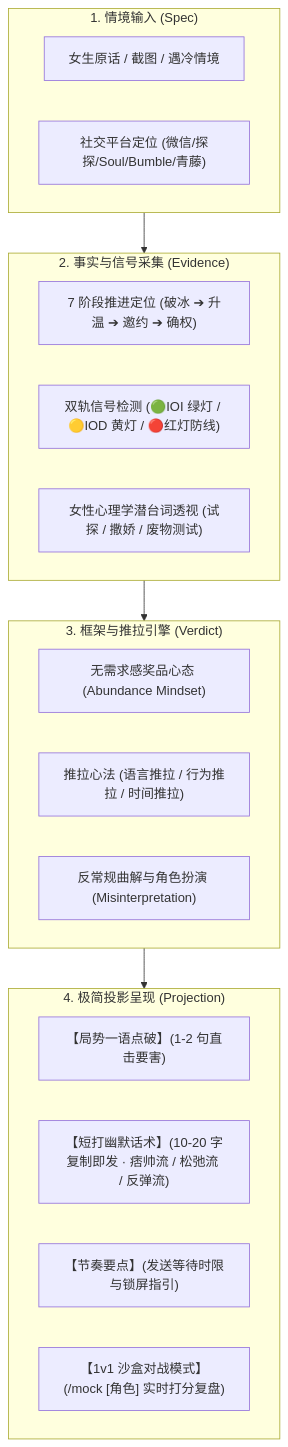
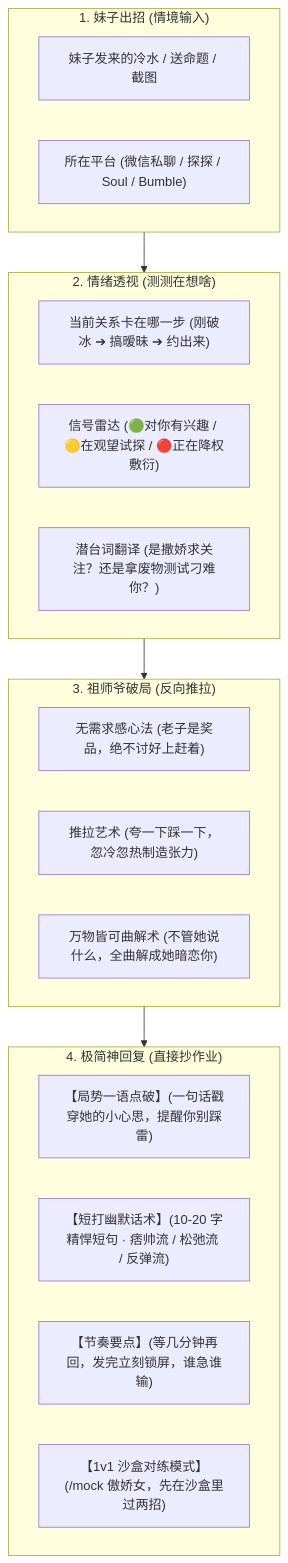
One commit to CAoyinggo/emotional-push-pull changed the first of 2 diagrams in README.md. Above: the diagram before and after it, drawn with Mermaid. The commit also changed other lines of this file, not shown here.

````diff
--- a/README.md
+++ b/README.md
@@ -35,30 +38,30 @@
 ```mermaid
 flowchart TD
-    subgraph Spec ["1. 情境输入 (Spec)"]
-        A1["女生原话 / 截图 / 遇冷情境"]
-        A2["社交平台定位 (微信/探探/Soul/Bumble/青藤)"]
+    subgraph Input ["1. 妹子出招 (情境输入)"]
+        A1["妹子发来的冷水 / 送命题 / 截图"]
+        A2["所在平台 (微信私聊 / 探探 / Soul / Bumble)"]
     end
 
-    subgraph Evidence ["2. 事实与信号采集 (Evidence)"]
-        B1["7 阶段推进定位 (破冰 ➔ 升温 ➔ 邀约 ➔ 确权)"]
-        B2["双轨信号检测 (🟢IOI 绿灯 / 🟡IOD 黄灯 / 🔴红灯防线)"]
-        B3["女性心理学潜台词透视 (试探 / 撒娇 / 废物测试)"]
+    subgraph Radar ["2. 情绪透视 (测测在想啥)"]
+        B1["当前关系卡在哪一步 (刚破冰 ➔ 搞暧昧 ➔ 约出来)"]
+        B2["信号雷达 (🟢对你有兴趣 / 🟡在观望试探 / 🔴正在降权敷衍)"]
+        B3["潜台词翻译 (是撒娇求关注？还是拿废物测试刁难你？)"]
     end
 
-    subgraph Verdict ["3. 框架与推拉引擎 (Verdict)"]
-        C1["无需求感奖品心态 (Abundance Mindset)"]
-        C2["推拉心法 (语言推拉 / 行为推拉 / 时间推拉)"]
-        C3["反常规曲解与角色扮演 (Misinterpretation)"]
+    subgraph Engine ["3. 祖师爷破局 (反向推拉)"]
+        C1["无需求感心法 (老子是奖品，绝不讨好上赶着)"]
+        C2["推拉艺术 (夸一下踩一下，忽冷忽热制造张力)"]
+        C3["万物皆可曲解术 (不管她说什么，全曲解成她暗恋你)"]
     end
 
-    subgraph Projection ["4. 极简投影呈现 (Projection)"]
-        D1["【局势一语点破】(1-2 句直击要害)"]
-        D2["【短打幽默话术】(10-20 字复制即发 · 痞帅流 / 松弛流 / 反弹流)"]
-        D3["【节奏要点】(发送等待时限与锁屏指引)"]
-        D4["【1v1 沙盒对战模式】(/mock [角色] 实时打分复盘)"]
+    subgraph Output ["4. 极简神回复 (直接抄作业)"]
+        D1["【局势一语点破】(一句话戳穿她的小心思，提醒你别踩雷)"]
+        D2["【短打幽默话术】(10-20 字精悍短句 · 痞帅流 / 松弛流 / 反弹流)"]
+        D3["【节奏要点】(等几分钟再回，发完立刻锁屏，谁急谁输)"]
+        D4["【1v1 沙盒对练模式】(/mock 傲娇女，先在沙盒里过两招)"]
     end
 
-    Spec --> Evidence
-    Evidence --> Verdict
-    Verdict --> Projection
+    Input --> Radar
+    Radar --> Engine
+    Engine --> Output
 ```
````
